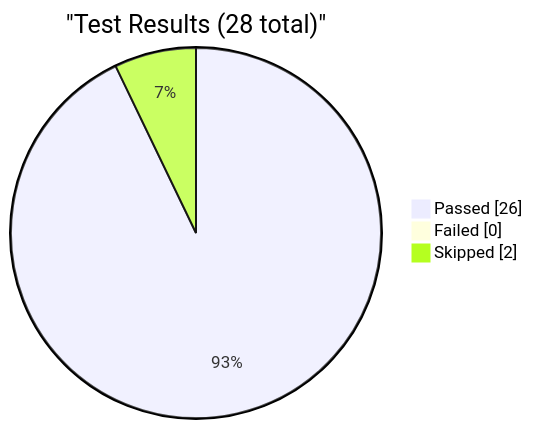
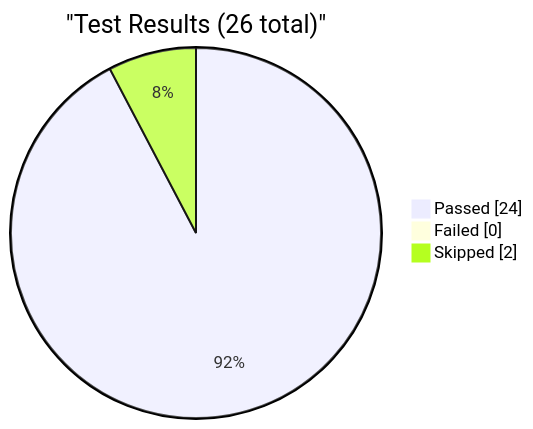
Before and after one commit to EliteaAI/onetest-ai-tm-Elitea: the first of 6 diagrams in reports/dashboard.md, drawn with Mermaid. The commit also changed other lines of this file and 1 other file, not shown here.

Commit message:
dashboard: update test metrics for RUN-ELITEA-2026-10-19-298-DEV-CHAT-AMBER

````diff
--- a/reports/dashboard.md
+++ b/reports/dashboard.md
@@ -9,7 +9,7 @@
 ```mermaid
 pie showData
-    title "Test Results (28 total)"
-    "Passed" : 26
+    title "Test Results (26 total)"
+    "Passed" : 24
     "Failed" : 0
     "Skipped" : 2
 ```
````
